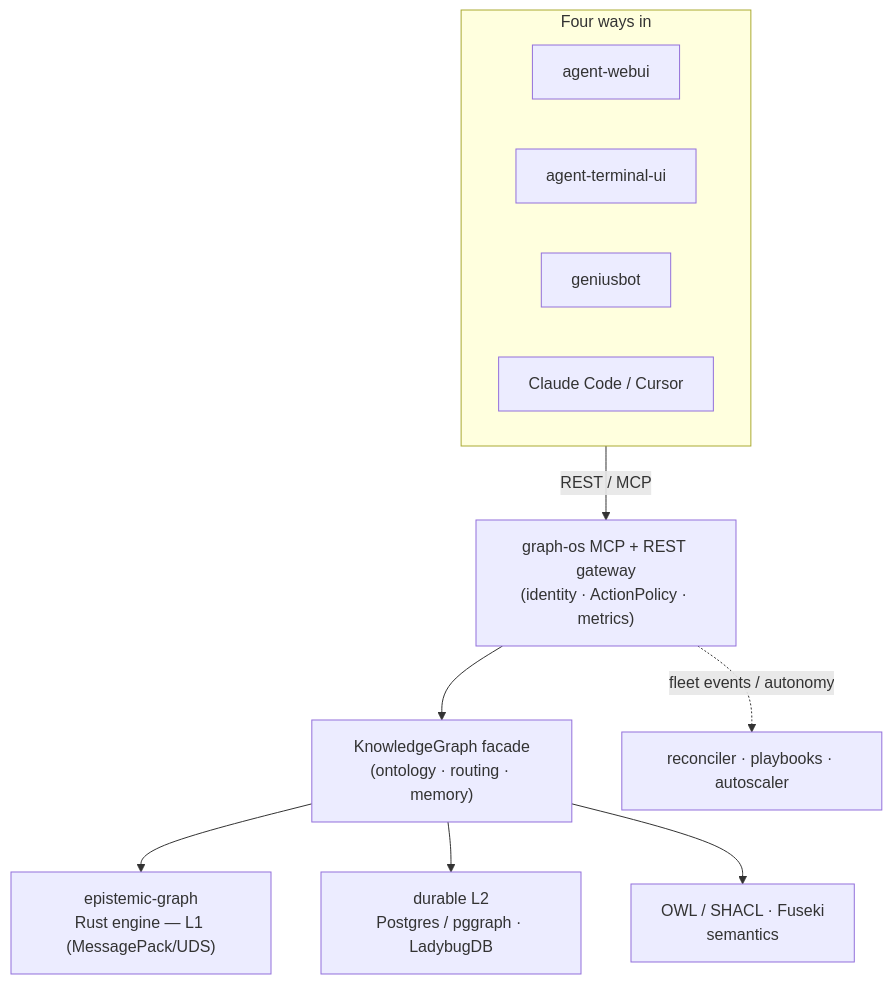
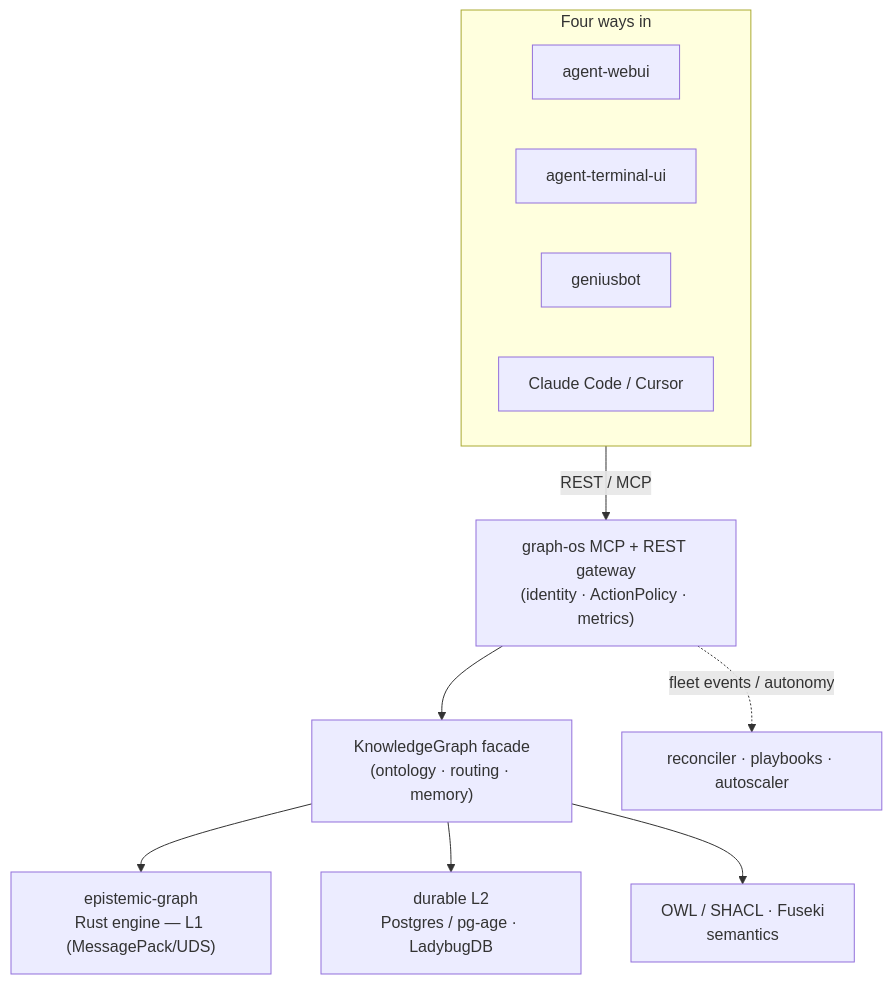
One commit to Knuckles-Team/agent-utilities changed the diagram in README.md. Above: the diagram before and after it, drawn with Mermaid. The commit also changed other lines of this file and 48 other files, not shown here.

First line of the commit message:
chore: rename pggraph branding -> pg-age (AGE is the durable backend)

````diff
--- a/README.md
+++ b/README.md
@@ -52,12 +52,12 @@
 ```mermaid
 flowchart TD
     subgraph Surfaces["Four ways in"]
         WEB[agent-webui] & TUI[agent-terminal-ui] & GB[geniusbot] & IDE[Claude Code / Cursor]
     end
     Surfaces -->|REST / MCP| GW["graph-os MCP + REST gateway<br/>(identity · ActionPolicy · metrics)"]
     GW --> KG["KnowledgeGraph facade<br/>(ontology · routing · memory)"]
     KG --> L1["epistemic-graph<br/>Rust engine — L1 (MessagePack/UDS)"]
-    KG --> L2["durable L2<br/>Postgres / pggraph · LadybugDB"]
+    KG --> L2["durable L2<br/>Postgres / pg-age · LadybugDB"]
     KG --> OWL["OWL / SHACL · Fuseki<br/>semantics"]
     GW -. fleet events / autonomy .-> FLEET["reconciler · playbooks · autoscaler"]
 ```
````
